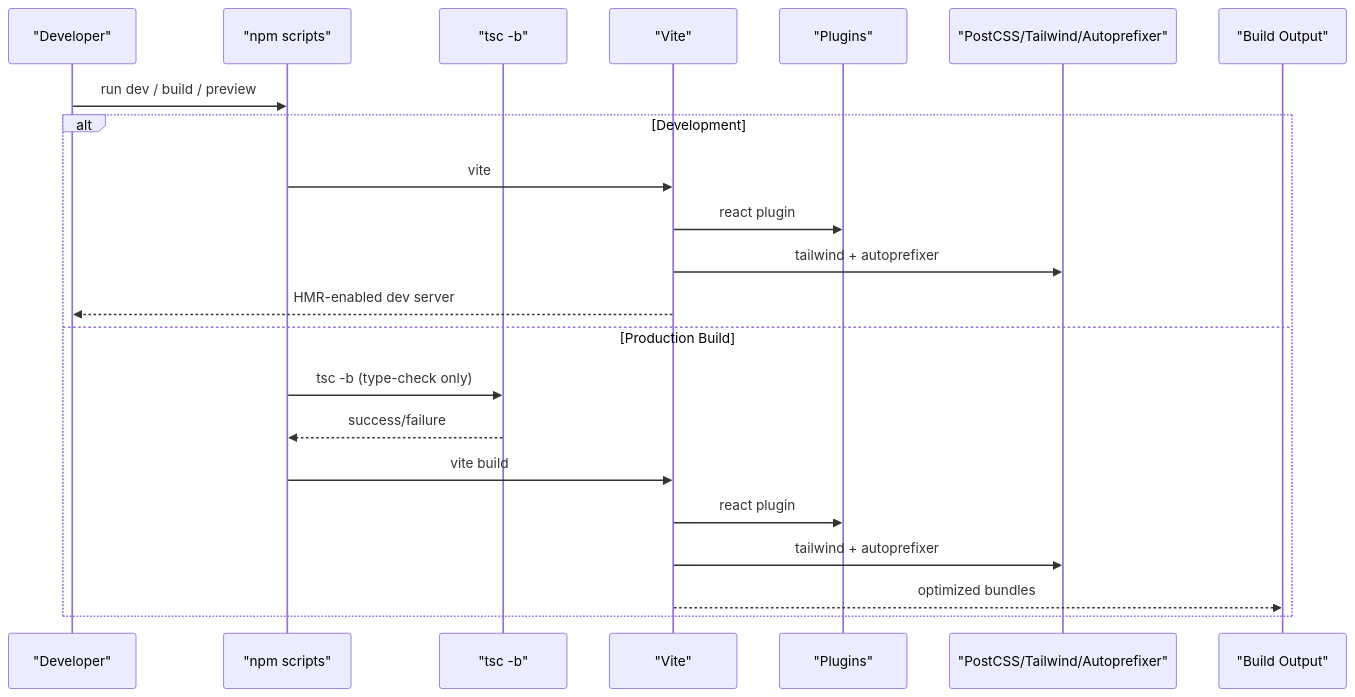
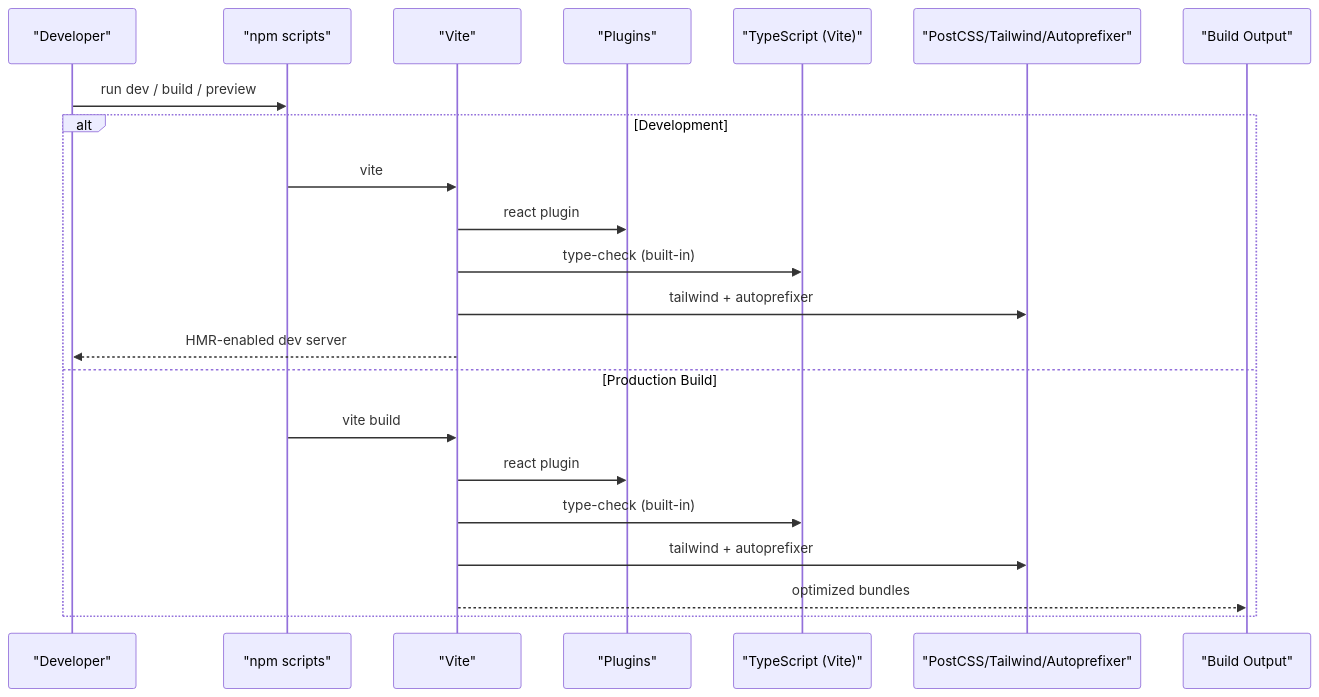
Before and after one commit to MudassarAbrar/FreshRoute-Ai: the second of 9 diagrams in .qoder/repowiki/en/content/Configuration & Build System/Configuration & Build System.md, drawn with Mermaid. The commit also changed other lines of this file and 10 other files, not shown here.

````diff
--- a/.qoder/repowiki/en/content/Configuration & Build System/Configuration & Build System.md
+++ b/.qoder/repowiki/en/content/Configuration & Build System/Configuration & Build System.md
@@ -81,24 +90,24 @@
 ```mermaid
 sequenceDiagram
 participant Dev as "Developer"
 participant NPM as "npm scripts"
-participant TSC as "tsc -b"
 participant VITE as "Vite"
 participant PLG as "Plugins"
+participant TS as "TypeScript (Vite)"
 participant CSS as "PostCSS/Tailwind/Autoprefixer"
 participant OUT as "Build Output"
 Dev->>NPM : run dev / build / preview
 alt Development
 NPM->>VITE : vite
 VITE->>PLG : react plugin
+VITE->>TS : type-check (built-in)
 VITE->>CSS : tailwind + autoprefixer
 VITE-->>Dev : HMR-enabled dev server
 else Production Build
-NPM->>TSC : tsc -b (type-check only)
-TSC-->>NPM : success/failure
 NPM->>VITE : vite build
 VITE->>PLG : react plugin
+VITE->>TS : type-check (built-in)
 VITE->>CSS : tailwind + autoprefixer
 VITE-->>OUT : optimized bundles
 end
 ```
````
